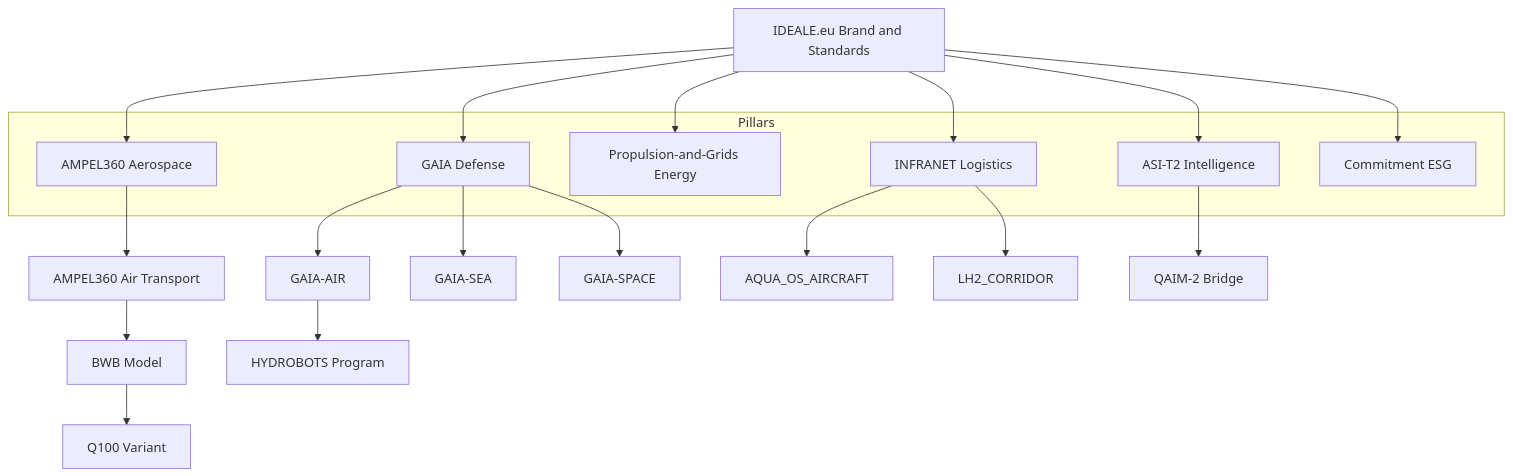
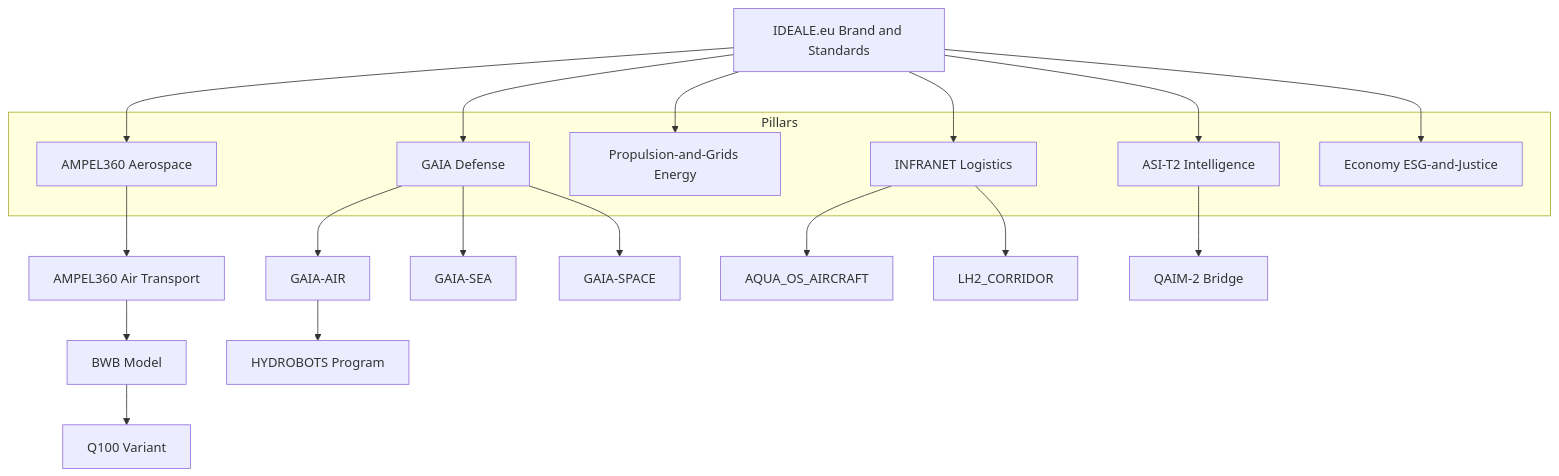
The diagram in README.md (AmedeoPelliccia/ASI-T2), drawn with Mermaid before and after one commit. The commit also changed other lines of this file, not shown here.

First line of the commit message:
docs: update IDEALE 6th-E pillar from ESG to Economy (ESG + Justice for EU inhabitants)

`````diff
--- a/README.md
+++ b/README.md
@@ -109,38 +109,38 @@
 ```mermaid
 graph TD
   IDEALE[IDEALE.eu Brand and Standards]
 
   subgraph Pillars
     I[ASI-T2 Intelligence]
     D[GAIA Defense]
     ENE[Propulsion-and-Grids Energy]
     A[AMPEL360 Aerospace]
     L[INFRANET Logistics]
-    ESG[Commitment ESG]
+    ECO[Economy ESG-and-Justice]
   end
 
   IDEALE --> I
   IDEALE --> D
   IDEALE --> ENE
   IDEALE --> A
   IDEALE --> L
-  IDEALE --> ESG
+  IDEALE --> ECO
 
   %% Aerospace canon
   A --> AT[AMPEL360 Air Transport]
   AT --> BWB[BWB Model]
   BWB --> Q100[Q100 Variant]
 
   %% GAIA fan-out
   D --> GAIR[GAIA-AIR]
   D --> GSEA[GAIA-SEA]
   D --> GSPACE[GAIA-SPACE]
   GAIR --> HYD[HYDROBOTS Program]
 
   %% Logistics programs
   L --> AQUA[AQUA_OS_AIRCRAFT]
   L --> LH2[LH2_CORRIDOR]
 
   %% Intelligence bridge
   I --> QAIM[QAIM-2 Bridge]
 ````
`````
